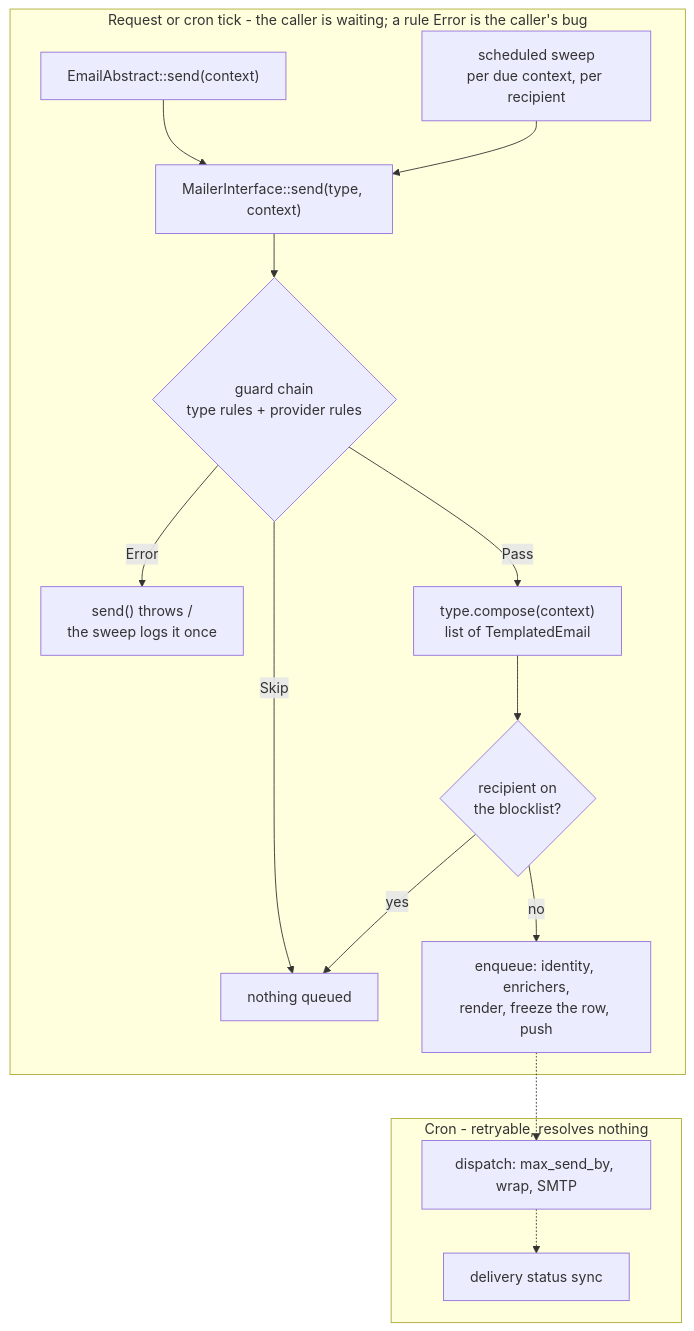
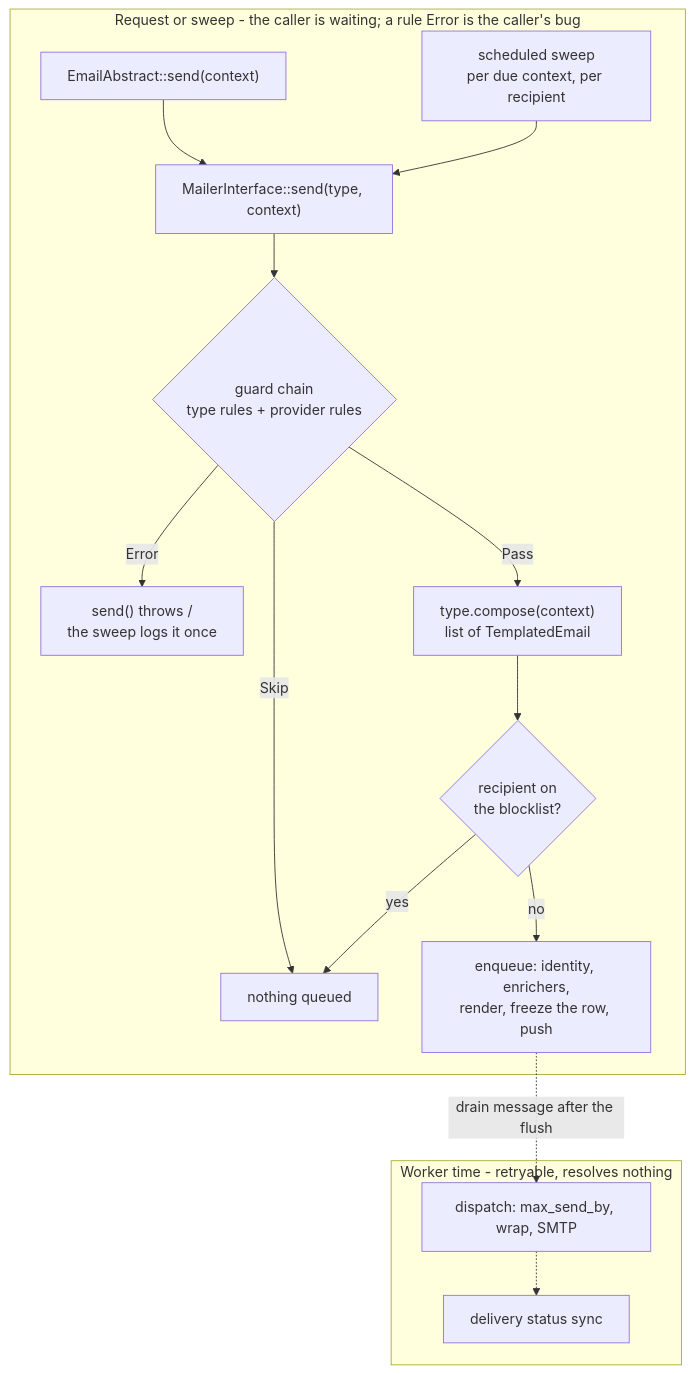
One commit to xuedi/meetagain changed the diagram in modules/email/README.md. Above: the diagram before and after it, drawn with Mermaid. The commit also changed other lines of this file and 304 other files, not shown here.

````diff
--- a/modules/email/README.md
+++ b/modules/email/README.md
@@ -29,18 +29,18 @@
 ```mermaid
 flowchart TD
-    subgraph req["Request or cron tick - the caller is waiting; a rule Error is the caller's bug"]
+    subgraph req["Request or sweep - the caller is waiting; a rule Error is the caller's bug"]
         S["EmailAbstract::send(context)"] --> M["MailerInterface::send(type, context)"]
         Sch["scheduled sweep<br/>per due context, per recipient"] --> M
         M --> G{"guard chain<br/>type rules + provider rules"}
         G -->|Error| X["send() throws /<br/>the sweep logs it once"]
         G -->|Skip| N["nothing queued"]
         G -->|Pass| Co["type.compose(context)<br/>list of TemplatedEmail"]
         Co --> B{"recipient on<br/>the blocklist?"}
         B -->|yes| N
         B -->|no| E["enqueue: identity, enrichers,<br/>render, freeze the row, push"]
     end
-    subgraph cron["Cron - retryable, resolves nothing"]
-        E -.-> D["dispatch: max_send_by, wrap, SMTP"]
+    subgraph wrk["Worker time - retryable, resolves nothing"]
+        E -.->|"drain message after the flush"| D["dispatch: max_send_by, wrap, SMTP"]
         D -.-> P["delivery status sync"]
     end
 ```
````
